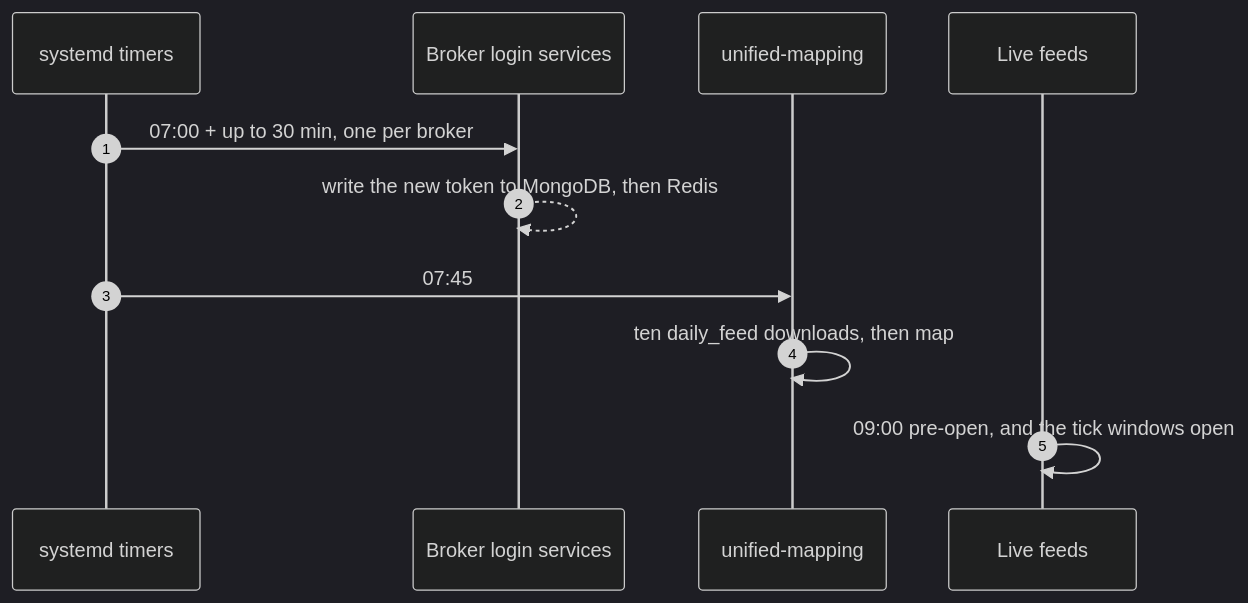
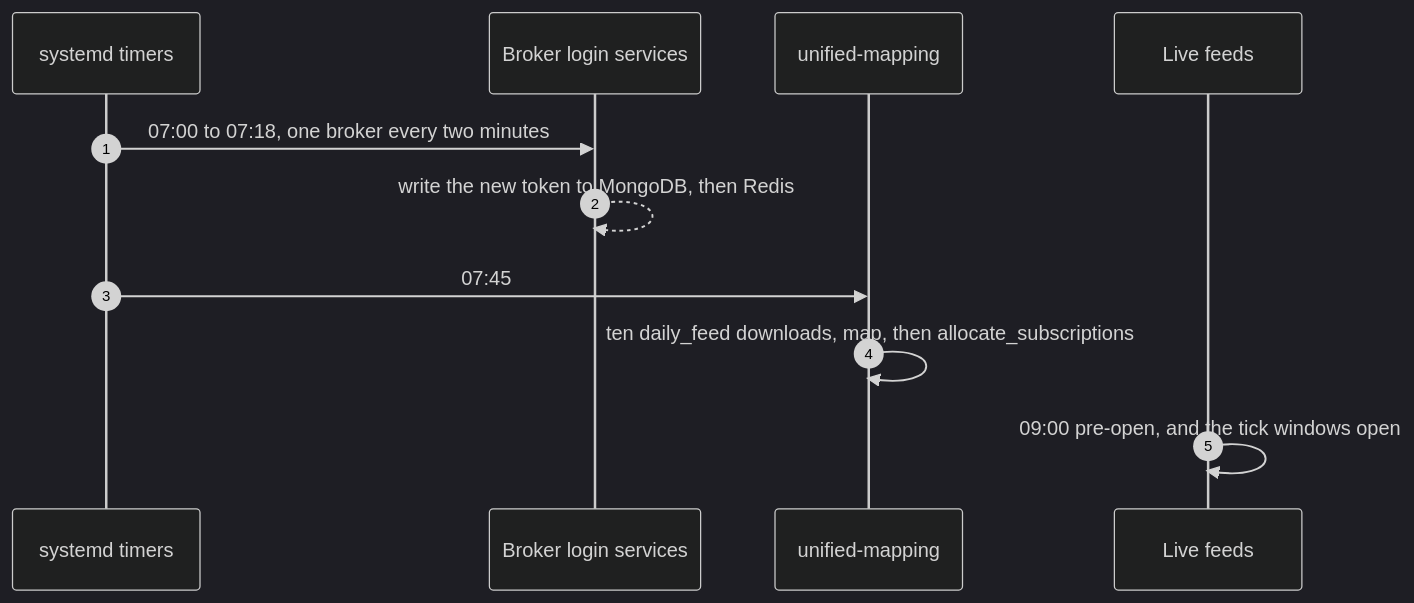
Before and after one commit to pramodathani/unified_broker_interface: the diagram in docs/operations/schedule.md, drawn with Mermaid (dark theme). The commit also changed other lines of this file and 7 other files, not shown here.

````diff
--- a/docs/operations/schedule.md
+++ b/docs/operations/schedule.md
@@ -107,13 +107,13 @@
 ```mermaid
 sequenceDiagram
     autonumber
     participant T as systemd timers
     participant B as Broker login services
     participant M as unified-mapping
     participant F as Live feeds
-    T->>B: 07:00 + up to 30 min, one per broker
+    T->>B: 07:00 to 07:18, one broker every two minutes
     B-->>B: write the new token to MongoDB, then Redis
     T->>M: 07:45
-    M->>M: ten daily_feed downloads, then map
+    M->>M: ten daily_feed downloads, map, then allocate_subscriptions
     F->>F: 09:00 pre-open, and the tick windows open
 ```
````
